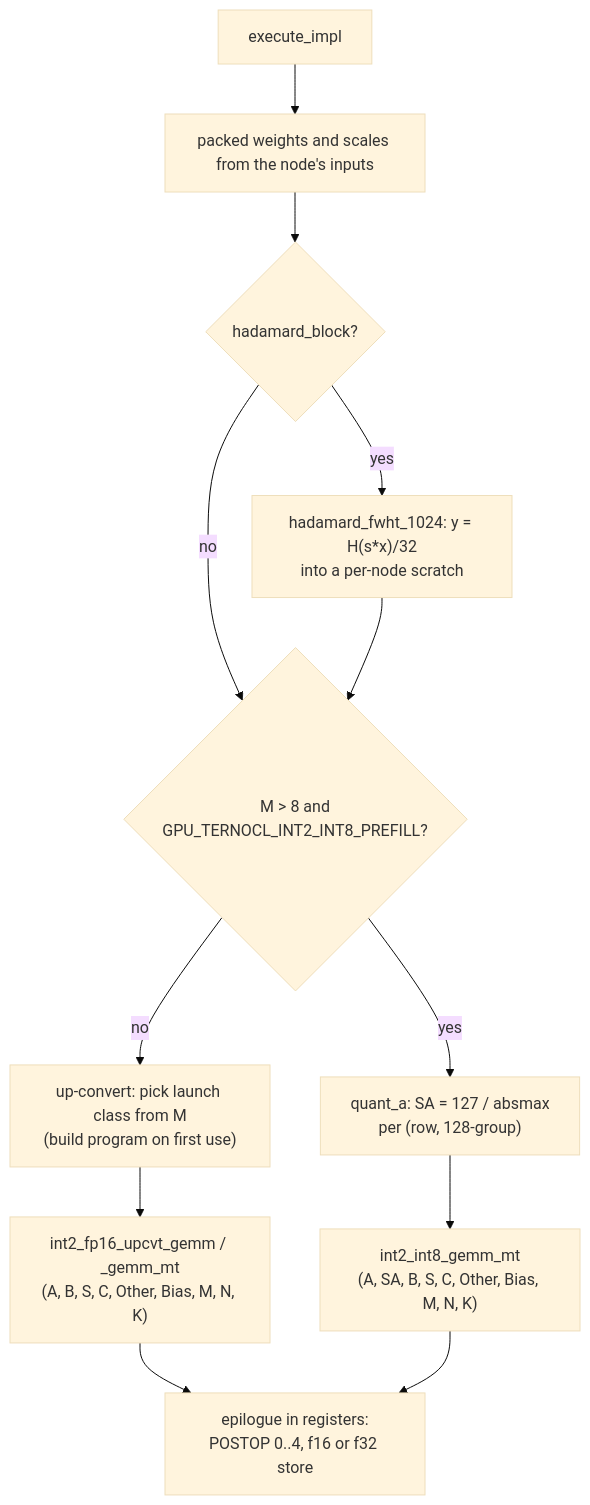
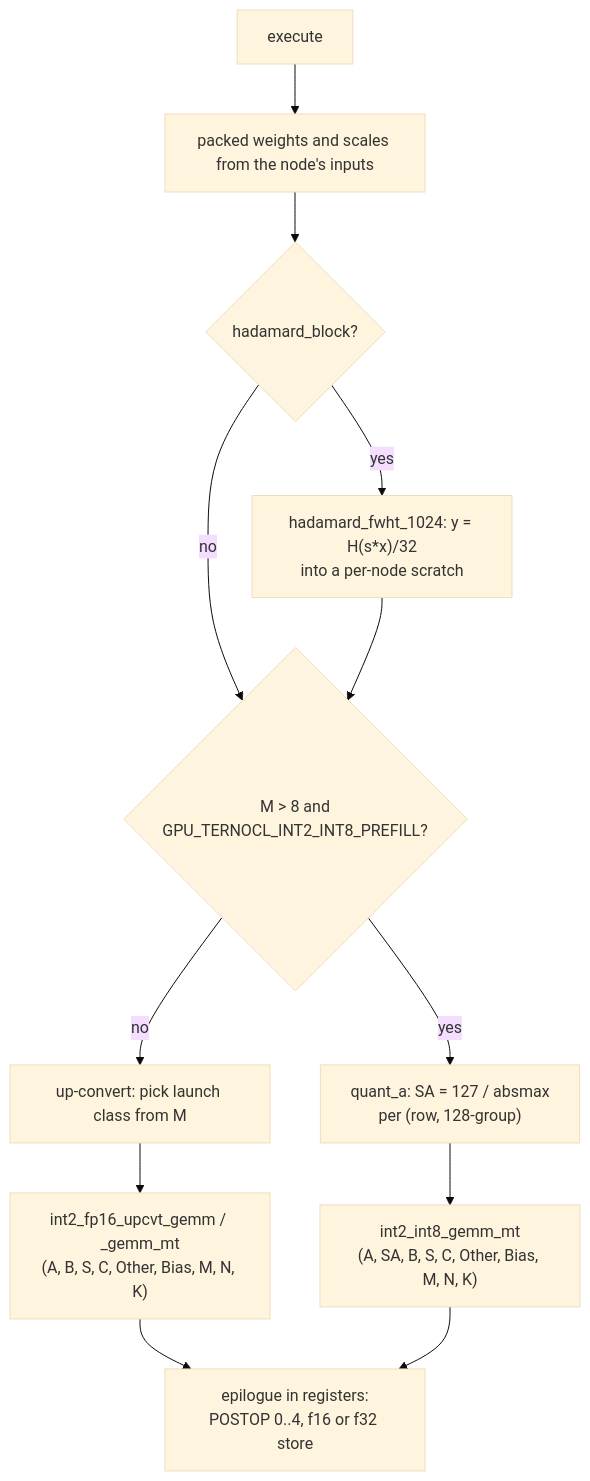
The diagram in src/plugins/intel_gpu/docs/ternocl_int2_architecture.md (openvinotoolkit/openvino), drawn with Mermaid (base theme) before and after one commit. The commit also changed other lines of this file and 8 other files, not shown here.

````diff
--- a/src/plugins/intel_gpu/docs/ternocl_int2_architecture.md
+++ b/src/plugins/intel_gpu/docs/ternocl_int2_architecture.md
@@ -144,14 +144,14 @@
 ```mermaid
 flowchart TD
-    A["execute_impl"] --> B["packed weights and scales from the node's inputs"]
+    A["execute"] --> B["packed weights and scales from the node's inputs"]
     B --> C{"hadamard_block?"}
     C -->|yes| D["hadamard_fwht_1024: y = H(s*x)/32<br/>into a per-node scratch"]
     C -->|no| E
     D --> E{"M > 8 and<br/>GPU_TERNOCL_INT2_INT8_PREFILL?"}
-    E -->|no| F["up-convert: pick launch class from M<br/>(build program on first use)"]
+    E -->|no| F["up-convert: pick launch class from M"]
     F --> G["int2_fp16_upcvt_gemm / _gemm_mt<br/>(A, B, S, C, Other, Bias, M, N, K)"]
     E -->|yes| H["quant_a: SA = 127 / absmax<br/>per (row, 128-group)"]
     H --> I["int2_int8_gemm_mt<br/>(A, SA, B, S, C, Other, Bias, M, N, K)"]
     G --> J["epilogue in registers:<br/>POSTOP 0..4, f16 or f32 store"]
     I --> J
 ```
````
